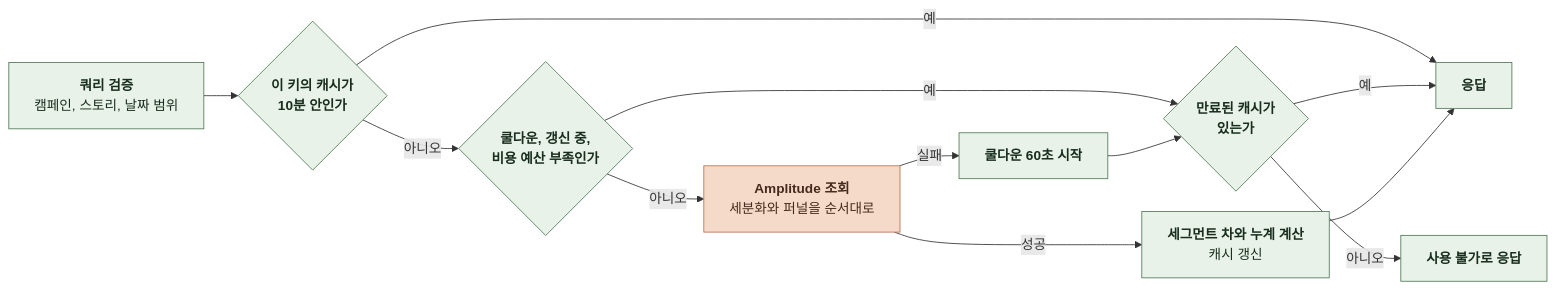
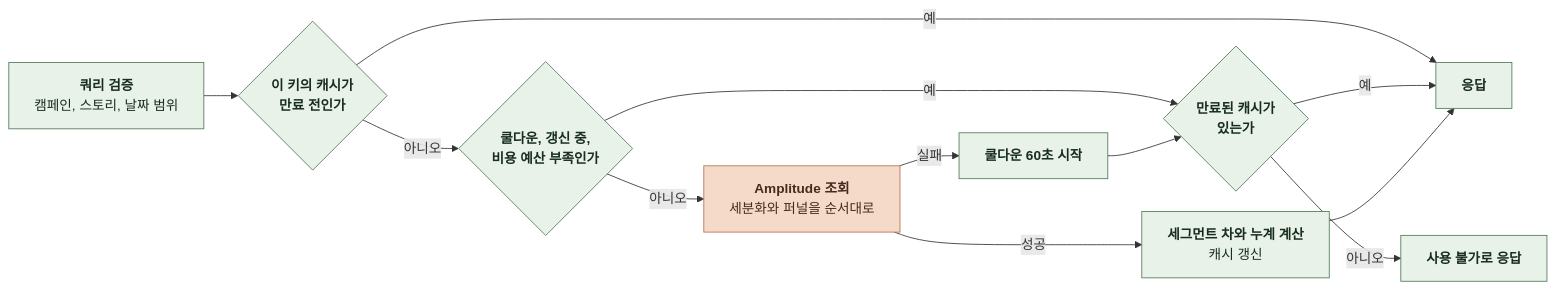
One commit to KIM-N-KANG/knk-harness changed diagram 15 of 15 in docs/domain/ADMIN/BACKEND/4-1-PIPELINES.md. Above: the diagram before and after it, drawn with Mermaid. The commit also changed other lines of this file and 11 other files, not shown here.

````diff
--- a/docs/domain/ADMIN/BACKEND/4-1-PIPELINES.md
+++ b/docs/domain/ADMIN/BACKEND/4-1-PIPELINES.md
@@ -454,25 +454,25 @@
 ```mermaid
 %%{init: {"flowchart": {"curve": "basis", "nodeSpacing": 24, "rankSpacing": 40}}}%%
 flowchart LR
     A["`**쿼리 검증**
 캠페인, 스토리, 날짜 범위`"] --> B{"`**이 키의 캐시가
-10분 안인가**`"}
+만료 전인가**`"}
     B -->|예| E["`**응답**`"]
     B -->|아니오| F{"`**쿨다운, 갱신 중,
 비용 예산 부족인가**`"}
     F -->|예| G{"`**만료된 캐시가
 있는가**`"}
     G -->|예| E
     G -->|아니오| X["`**사용 불가로 응답**`"]
     F -->|아니오| C["`**Amplitude 조회**
 세분화와 퍼널을 순서대로`"]
     C -->|성공| D["`**세그먼트 차와 누계 계산**
 캐시 갱신`"]
     D --> E
     C -->|실패| H["`**쿨다운 60초 시작**`"]
     H --> G
     classDef comp fill:#E8F2E8,stroke:#527A59,color:#182D1D
     classDef task fill:#F5D9C9,stroke:#B97450,color:#452B1D
     class A,B,D,E,F,G,H,X comp
     class C task
 ```
````
